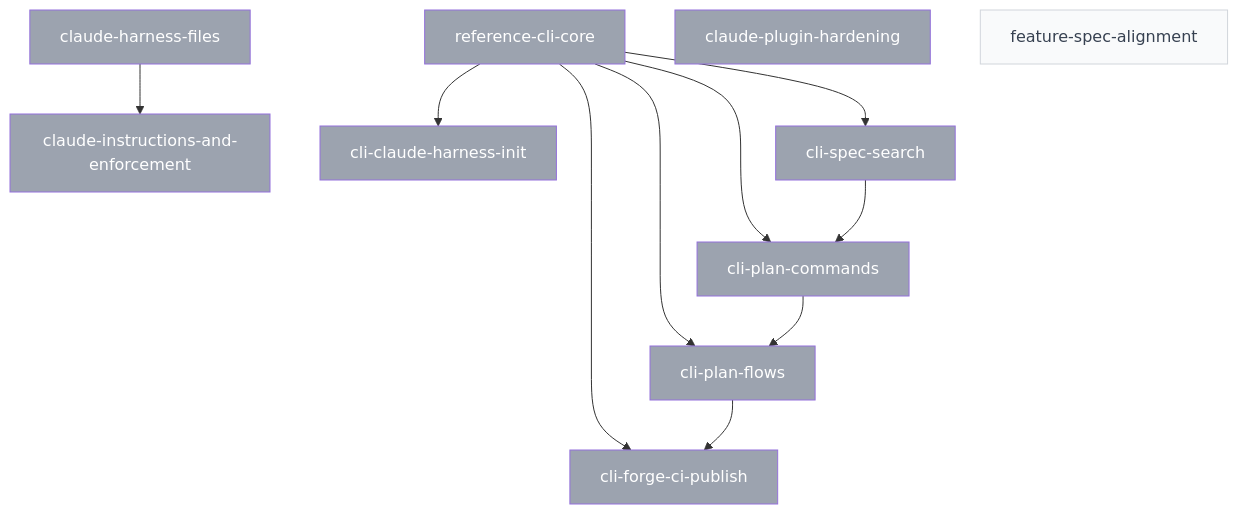
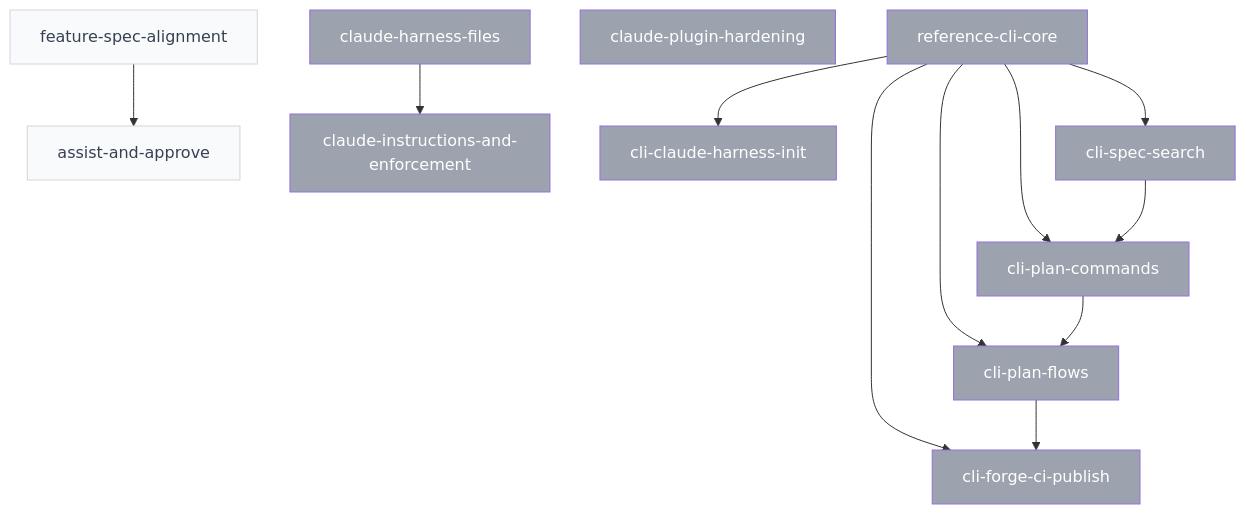
The diagram in plans/PLANS.md (SpiralSky/specplane), drawn with Mermaid before and after one commit. The commit also changed other lines of this file and 9 other files, not shown here.

First line of the commit message:
docs(assist-and-approve): create plan

````diff
--- a/plans/PLANS.md
+++ b/plans/PLANS.md
@@ -27,29 +28,31 @@
 ```mermaid
 graph TD
     p_2026_10_28_reference_cli_core[reference-cli-core]:::done
+    p_2026_10_29_assist_and_approve[assist-and-approve]:::draft
     p_2026_10_29_claude_harness_files[claude-harness-files]:::done
     p_2026_10_29_claude_instructions_and_enforcement[claude-instructions-and-enforcement]:::done
     p_2026_10_29_claude_plugin_hardening[claude-plugin-hardening]:::done
     p_2026_10_29_cli_claude_harness_init[cli-claude-harness-init]:::done
     p_2026_10_29_cli_forge_ci_publish[cli-forge-ci-publish]:::done
     p_2026_10_29_cli_plan_commands[cli-plan-commands]:::done
     p_2026_10_29_cli_plan_flows[cli-plan-flows]:::done
     p_2026_10_29_cli_spec_search[cli-spec-search]:::done
     p_2026_10_29_feature_spec_alignment[feature-spec-alignment]:::draft
+    p_2026_10_29_feature_spec_alignment --> p_2026_10_29_assist_and_approve
     p_2026_10_29_claude_harness_files --> p_2026_10_29_claude_instructions_and_enforcement
     p_2026_10_28_reference_cli_core --> p_2026_10_29_cli_claude_harness_init
     p_2026_10_28_reference_cli_core --> p_2026_10_29_cli_forge_ci_publish
     p_2026_10_29_cli_plan_flows --> p_2026_10_29_cli_forge_ci_publish
     p_2026_10_28_reference_cli_core --> p_2026_10_29_cli_plan_commands
     p_2026_10_29_cli_spec_search --> p_2026_10_29_cli_plan_commands
     p_2026_10_28_reference_cli_core --> p_2026_10_29_cli_plan_flows
     p_2026_10_29_cli_plan_commands --> p_2026_10_29_cli_plan_flows
     p_2026_10_28_reference_cli_core --> p_2026_10_29_cli_spec_search
     classDef draft fill:#f9fafb,color:#374151,stroke:#d1d5db
     classDef ready fill:#22c55e,color:#fff
     classDef blocked fill:#ef4444,color:#fff
     classDef in_progress fill:#3b82f6,color:#fff
     classDef review fill:#60a5fa,color:#fff
     classDef done fill:#9ca3af,color:#fff
     classDef abandoned fill:#9ca3af,color:#fff,text-decoration:line-through
 ```
````
